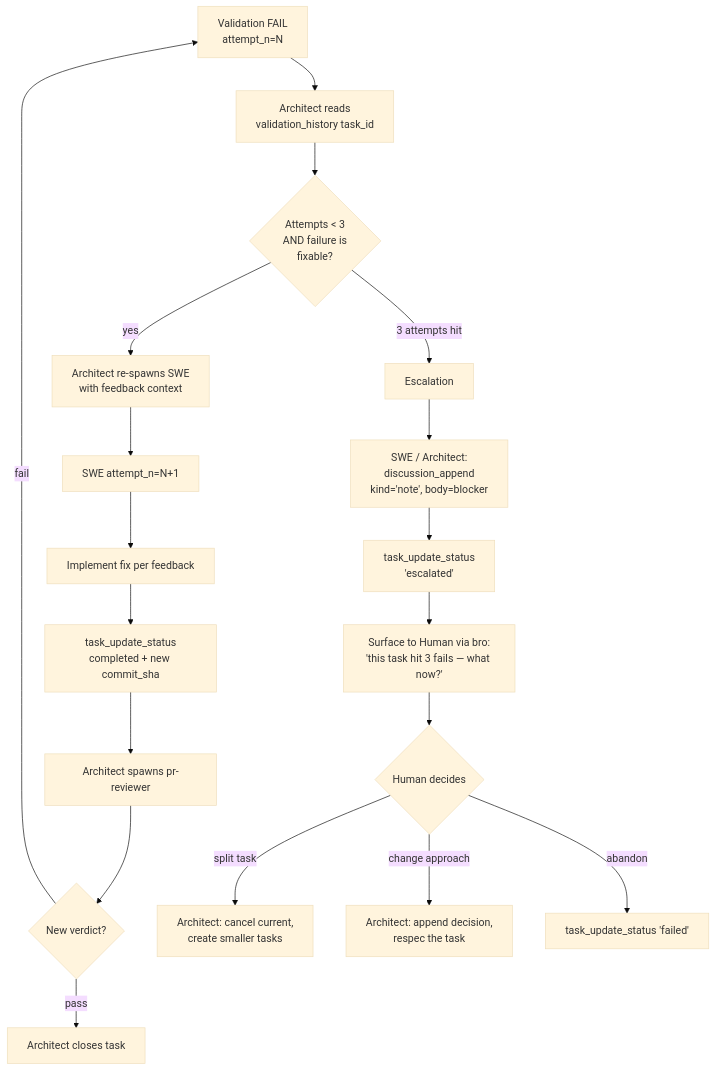
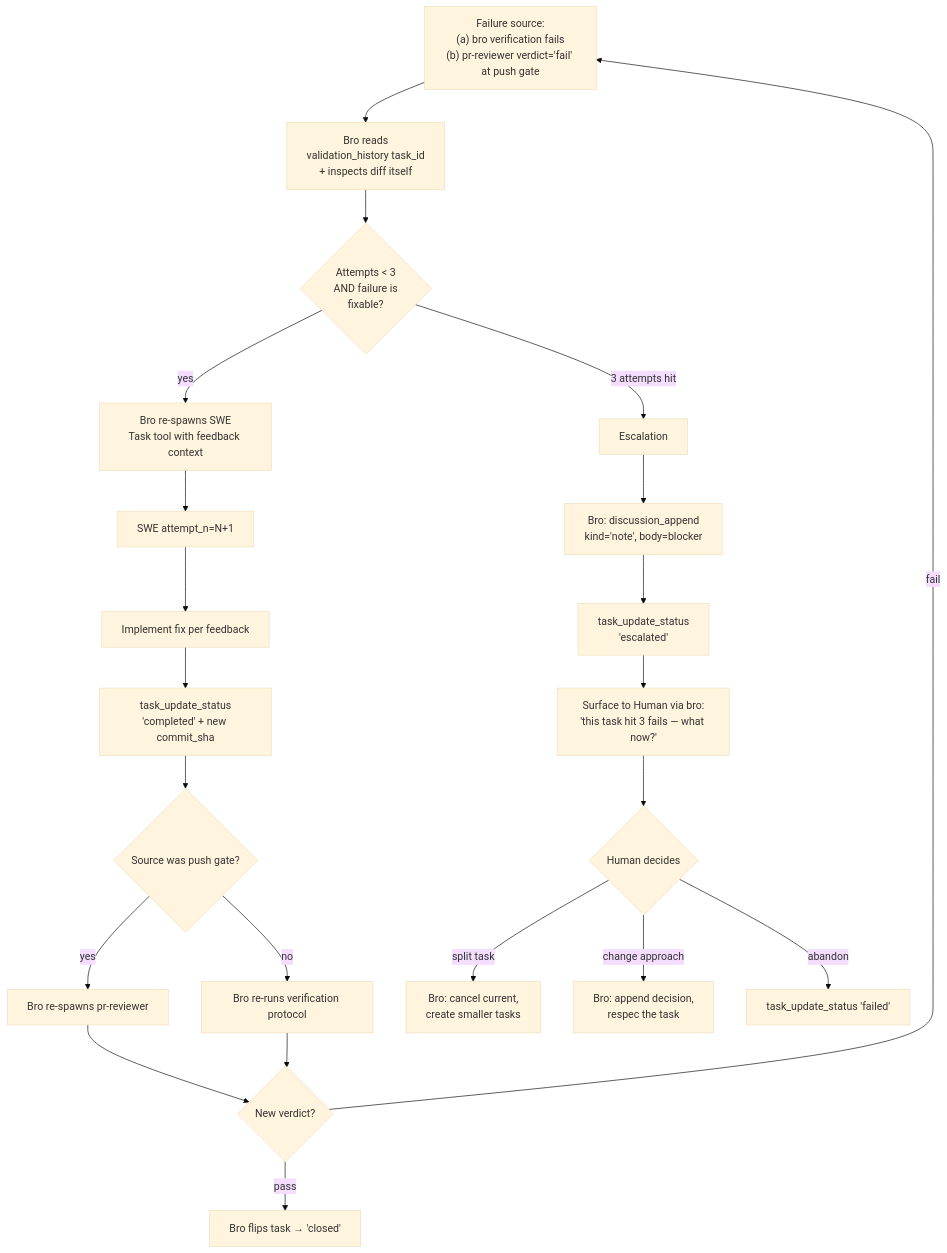
The eighth of 11 diagrams in docs/architecture/FLOWS.md (trustmybot/plugin), drawn with Mermaid (base theme) before and after one commit. The commit also changed other lines of this file and 8 other files, not shown here.

````diff
--- a/docs/architecture/FLOWS.md
+++ b/docs/architecture/FLOWS.md
@@ -373,22 +383,25 @@
 ```mermaid
 flowchart TD
-    A[Validation FAIL<br/>attempt_n=N] --> B[Architect reads<br/>validation_history task_id]
-    B --> C{Attempts < 3<br/>AND failure is<br/>fixable?}
-    C -->|yes| D[Architect re-spawns SWE<br/>with feedback context]
+    A["Failure source:<br/>(a) bro verification fails<br/>(b) pr-reviewer verdict='fail' at push gate"] --> B[Bro reads<br/>validation_history task_id<br/>+ inspects diff itself]
+    B --> C{Attempts &lt; 3<br/>AND failure is<br/>fixable?}
+    C -->|yes| D[Bro re-spawns SWE<br/>Task tool with feedback context]
     D --> E[SWE attempt_n=N+1]
     E --> F[Implement fix per feedback]
-    F --> G[task_update_status<br/>completed + new commit_sha]
-    G --> H[Architect spawns pr-reviewer]
-    H --> I{New verdict?}
-    I -->|pass| J[Architect closes task]
-    I -->|fail| A
+    F --> G[task_update_status<br/>'completed' + new commit_sha]
+    G --> H{Source was push gate?}
+    H -->|yes| I[Bro re-spawns pr-reviewer]
+    H -->|no| J[Bro re-runs verification protocol]
+    I --> K{New verdict?}
+    J --> K
+    K -->|pass| L[Bro flips task → 'closed']
+    K -->|fail| A
 
-    C -->|3 attempts hit| K[Escalation]
-    K --> L[SWE / Architect:<br/>discussion_append<br/>kind='note', body=blocker]
-    L --> M[task_update_status<br/>'escalated']
-    M --> N[Surface to Human via bro:<br/>'this task hit 3 fails — what now?']
-    N --> O{Human decides}
-    O -->|split task| P[Architect: cancel current,<br/>create smaller tasks]
-    O -->|change approach| Q[Architect: append decision,<br/>respec the task]
-    O -->|abandon| R[task_update_status 'failed']
+    C -->|3 attempts hit| M[Escalation]
+    M --> N["Bro: discussion_append<br/>kind='note', body=blocker"]
+    N --> O[task_update_status<br/>'escalated']
+    O --> P[Surface to Human via bro:<br/>'this task hit 3 fails — what now?']
+    P --> Q{Human decides}
+    Q -->|split task| R[Bro: cancel current,<br/>create smaller tasks]
+    Q -->|change approach| S[Bro: append decision,<br/>respec the task]
+    Q -->|abandon| T[task_update_status 'failed']
 ```
````
